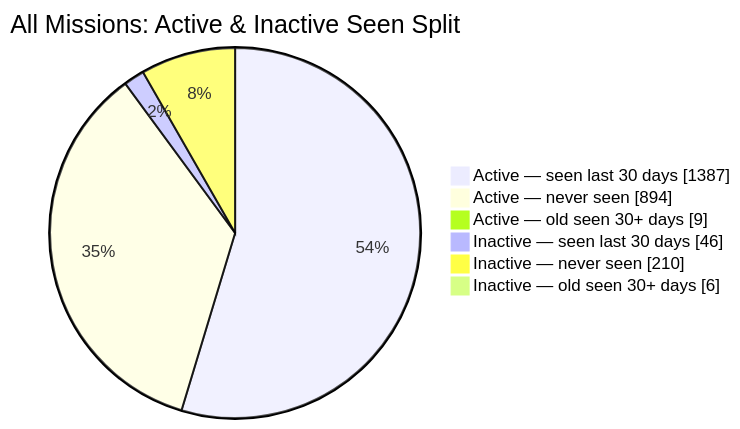
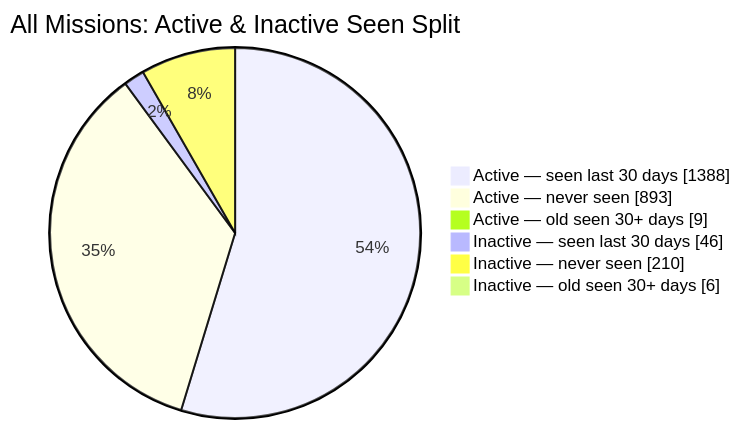
One commit to MeldkamerspelGameTeam/active-missions changed the second of 2 diagrams in README.md. Above: the diagram before and after it, drawn with Mermaid. The commit also changed other lines of this file and 3 other files, not shown here.

````diff
--- a/README.md
+++ b/README.md
@@ -44,10 +44,10 @@
 ```mermaid
 pie showData
     title All Missions: Active & Inactive Seen Split
-    "Active — seen last 30 days" : 1387
-    "Active — never seen" : 894
+    "Active — seen last 30 days" : 1388
+    "Active — never seen" : 893
     "Active — old seen 30+ days" : 9
     "Inactive — seen last 30 days" : 46
     "Inactive — never seen" : 210
     "Inactive — old seen 30+ days" : 6
 ```
````
